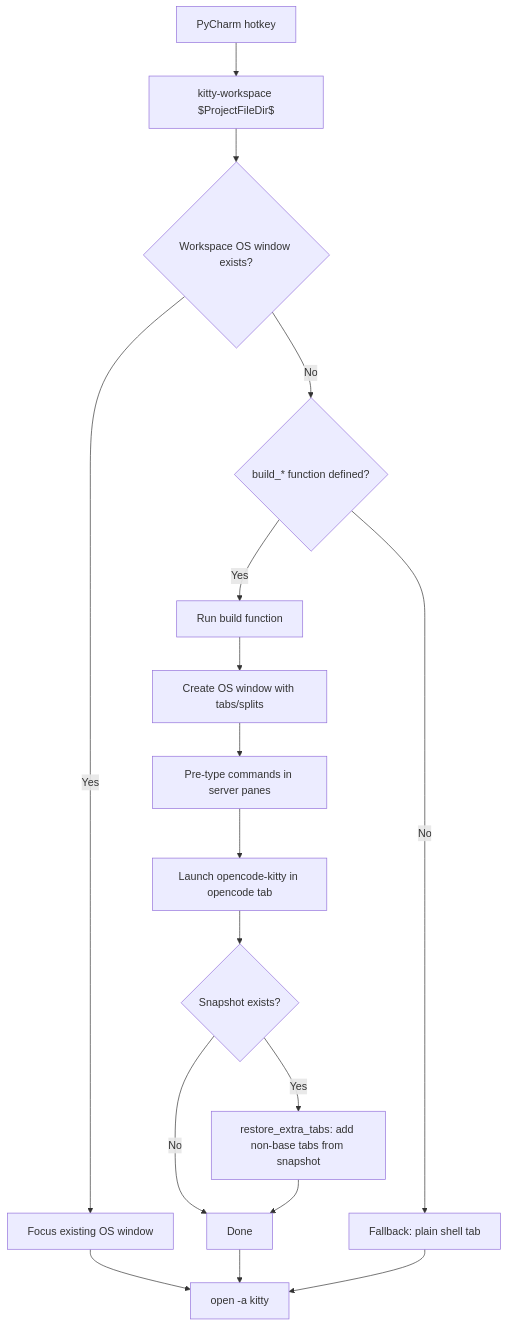
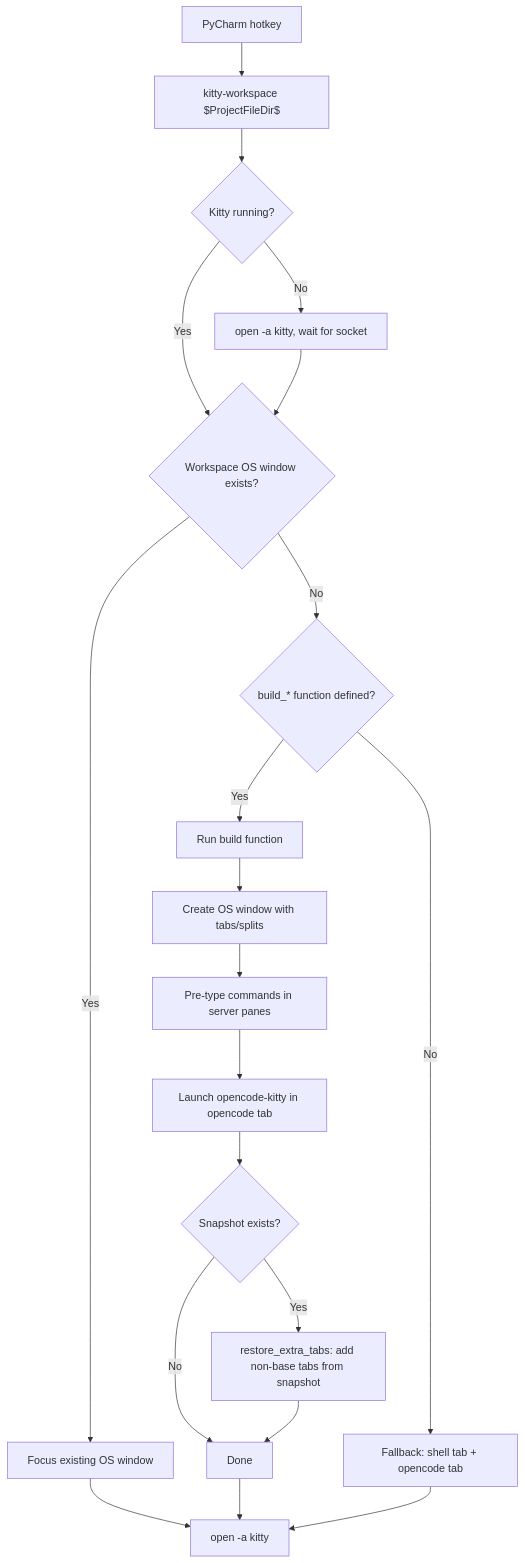
The first of 3 diagrams in docs/specs/kitty-pycharm.md (Saltiola7/dotfiles), drawn with Mermaid before and after one commit. The commit also changed other lines of this file and 3 other files, not shown here.

First line of the commit message:
feat: kitty workspace robustness — error handling, debug logging, validate mode, stale purge

````diff
--- a/docs/specs/kitty-pycharm.md
+++ b/docs/specs/kitty-pycharm.md
@@ -112,19 +113,22 @@
 ```mermaid
 flowchart TD
     A[PyCharm hotkey] --> B[kitty-workspace $ProjectFileDir$]
-    B --> C{Workspace OS window exists?}
+    B --> S{Kitty running?}
+    S -->|Yes| C{Workspace OS window exists?}
+    S -->|No| T[open -a kitty, wait for socket]
+    T --> C
     C -->|Yes| D[Focus existing OS window]
     C -->|No| E{build_* function defined?}
     E -->|Yes| F[Run build function]
     F --> G[Create OS window with tabs/splits]
     G --> H[Pre-type commands in server panes]
     H --> I[Launch opencode-kitty in opencode tab]
     I --> J{Snapshot exists?}
     J -->|Yes| K[restore_extra_tabs: add non-base tabs from snapshot]
     J -->|No| L[Done]
     K --> L
-    E -->|No| M[Fallback: plain shell tab]
+    E -->|No| M[Fallback: shell tab + opencode tab]
     D --> N[open -a kitty]
     L --> N
     M --> N
 ```
````
